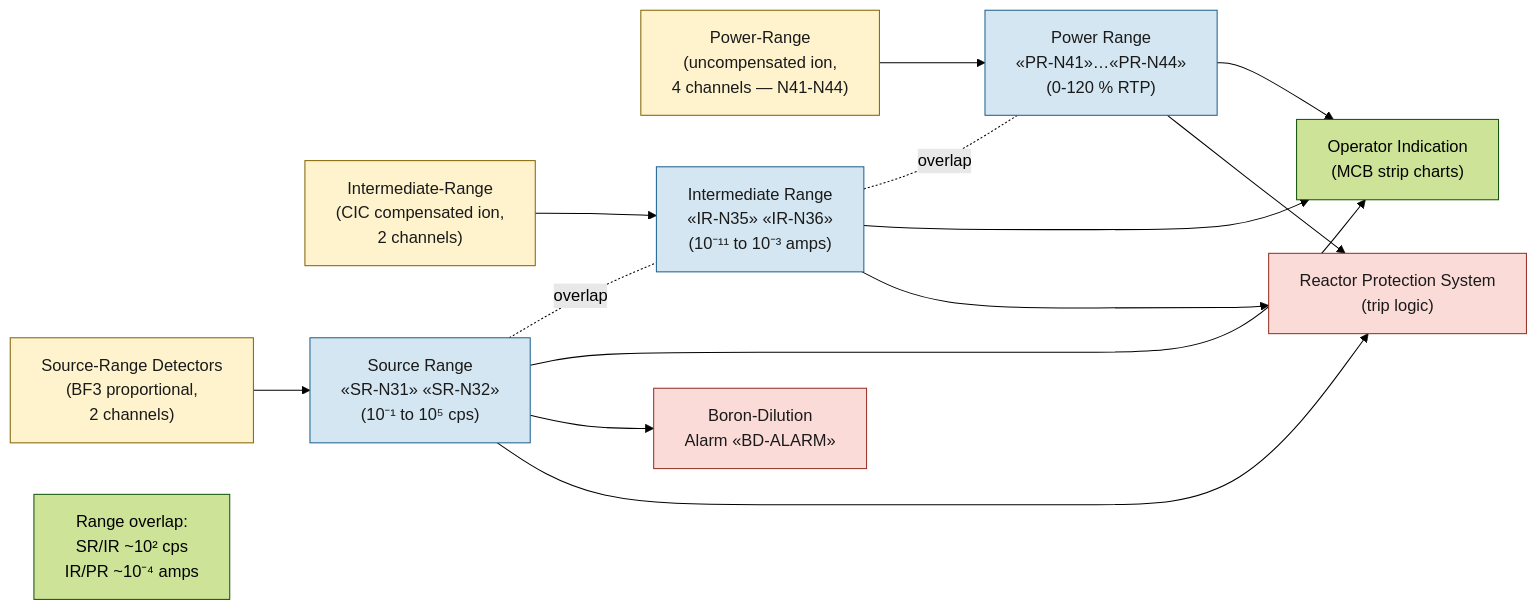
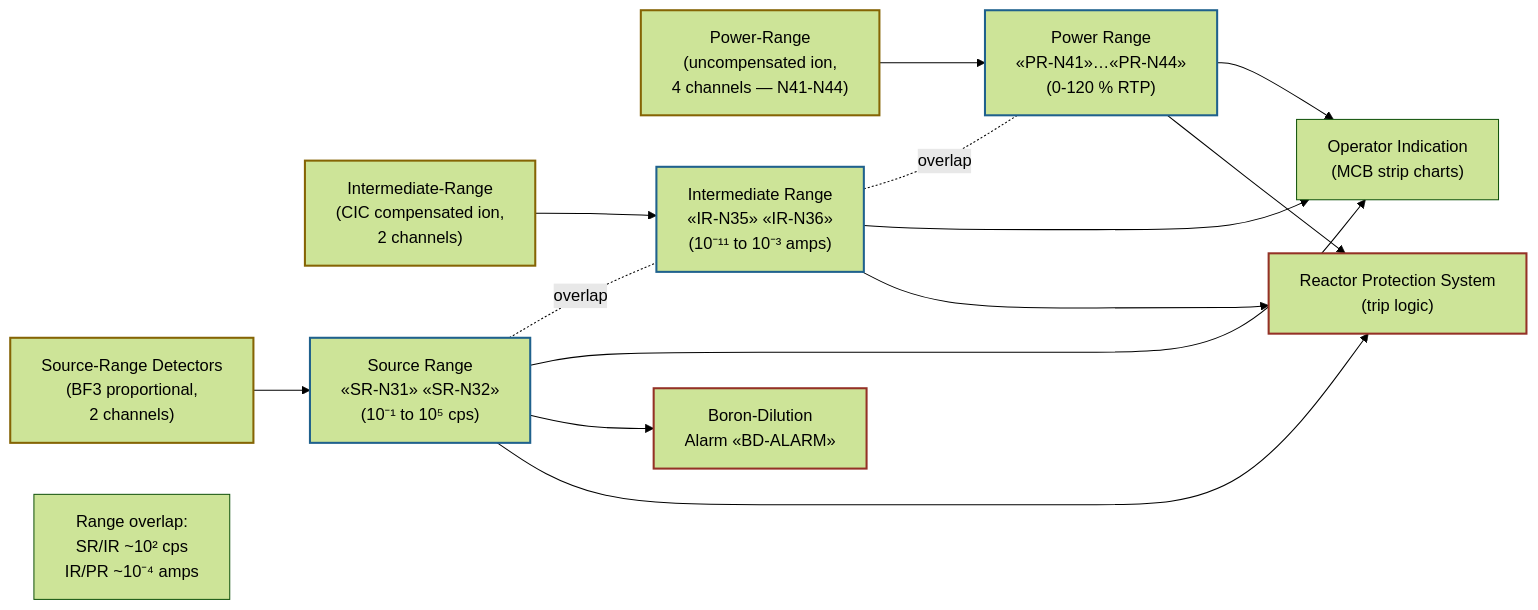
The diagram in wiki/systems/nis.md (samsinn-wikis/pwr-ops), drawn with Mermaid (forest theme) before and after one commit. The commit also changed 14 other files, not shown here.

````diff
--- a/wiki/systems/nis.md
+++ b/wiki/systems/nis.md
@@ -29,29 +29,29 @@
 ```mermaid
 flowchart LR
     SR_DET["Source-Range Detectors<br/>(BF3 proportional,<br/>2 channels)"]
     IR_DET["Intermediate-Range<br/>(CIC compensated ion,<br/>2 channels)"]
     PR_DET["Power-Range<br/>(uncompensated ion,<br/>4 channels — N41-N44)"]
     SR_DRAW["Source Range<br/>«SR-N31» «SR-N32»<br/>(10⁻¹ to 10⁵ cps)"]
     IR_DRAW["Intermediate Range<br/>«IR-N35» «IR-N36»<br/>(10⁻¹¹ to 10⁻³ amps)"]
     PR_DRAW["Power Range<br/>«PR-N41»…«PR-N44»<br/>(0-120 % RTP)"]
     RPS["Reactor Protection System<br/>(trip logic)"]
     BD_ALARM["Boron-Dilution<br/>Alarm «BD-ALARM»"]
     OP_IND["Operator Indication<br/>(MCB strip charts)"]
     OVERLAP["Range overlap:<br/>SR/IR ~10² cps<br/>IR/PR ~10⁻⁴ amps"]
 
     SR_DET --> SR_DRAW
     IR_DET --> IR_DRAW
     PR_DET --> PR_DRAW
     SR_DRAW & IR_DRAW & PR_DRAW --> RPS
     SR_DRAW --> BD_ALARM
     SR_DRAW & IR_DRAW & PR_DRAW --> OP_IND
     SR_DRAW -. overlap .- IR_DRAW
     IR_DRAW -. overlap .- PR_DRAW
 
-    classDef det fill:#fff3cd,stroke:#856404,color:#1a1a1a
-    classDef draw fill:#d4e6f1,stroke:#1f618d,color:#1a1a1a
-    classDef logic fill:#fadbd8,stroke:#943126,color:#1a1a1a
+    classDef det stroke:#856404,stroke-width:2px
+    classDef draw stroke:#1f618d,stroke-width:2px
+    classDef logic stroke:#943126,stroke-width:2px
     class SR_DET,IR_DET,PR_DET det
     class SR_DRAW,IR_DRAW,PR_DRAW draw
     class RPS,BD_ALARM logic
 ```
````
